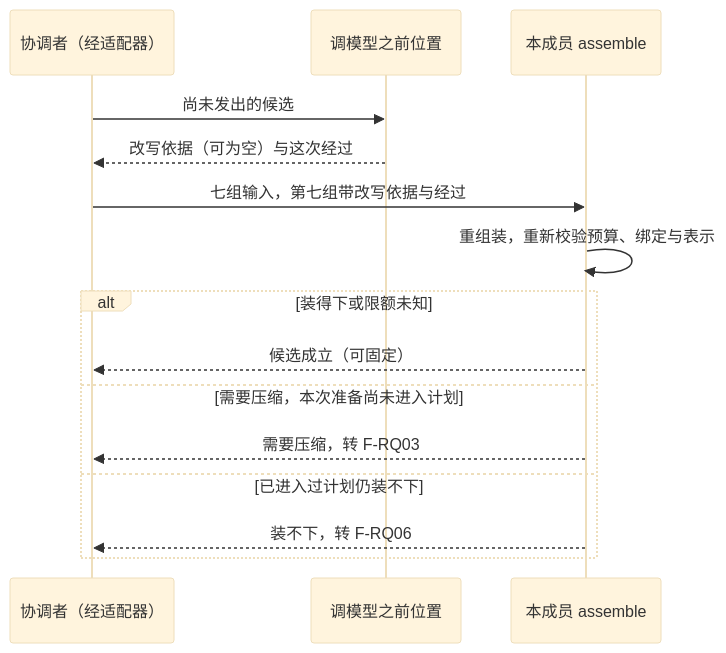
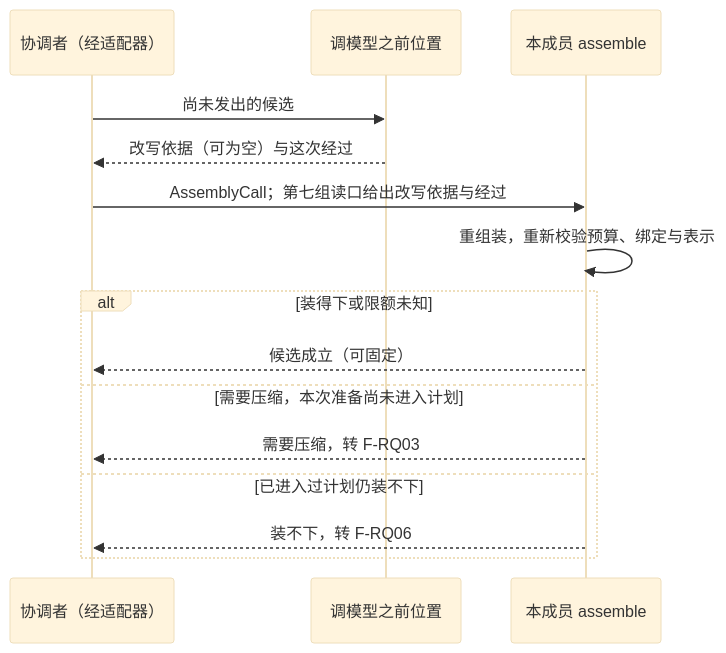
Before and after one commit to nemori-ai/omne-harness-lite: the fourth of 6 diagrams in packages/context/request-context-contract/docs/flows.md, drawn with Mermaid (base theme). The commit also changed other lines of this file and 28 other files, not shown here.

````diff
--- a/packages/context/request-context-contract/docs/flows.md
+++ b/packages/context/request-context-contract/docs/flows.md
@@ -136,17 +145,17 @@
 ```mermaid
 sequenceDiagram
   participant C as 协调者（经适配器）
   participant X as 调模型之前位置
   participant A as 本成员 assemble
   C->>X: 尚未发出的候选
   X-->>C: 改写依据（可为空）与这次经过
-  C->>A: 七组输入，第七组带改写依据与经过
+  C->>A: AssemblyCall；第七组读口给出改写依据与经过
   A->>A: 重组装，重新校验预算、绑定与表示
   alt 装得下或限额未知
     A-->>C: 候选成立（可固定）
   else 需要压缩，本次准备尚未进入计划
     A-->>C: 需要压缩，转 F-RQ03
   else 已进入过计划仍装不下
     A-->>C: 装不下，转 F-RQ06
   end
 ```
````
